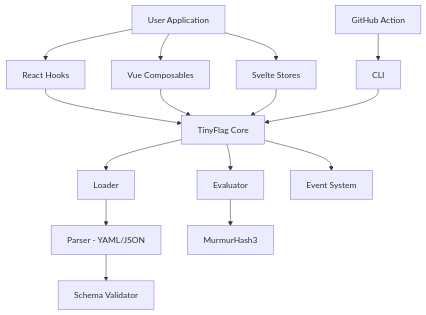
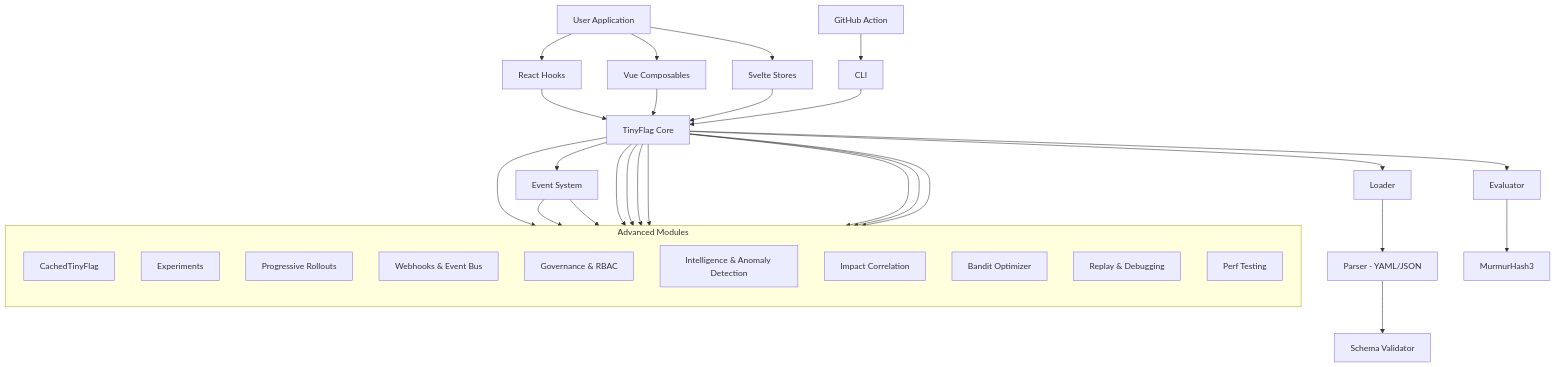
Before and after one commit to josedab/tinyflag: the first of 2 diagrams in website/docs/architecture.md, drawn with Mermaid. The commit also changed other lines of this file and 2 other files, not shown here.

Commit message:
docs: update architecture diagrams with advanced modules
Expand component diagrams in both docs/architecture.md (ASCII) and
website/docs/architecture.md (Mermaid) to include the advanced module
layer organized by category: Runtime, Delivery, Optimization, and
Verification.

Add 'Advanced Capabilities' section to docs/README.md with links to
the 8 new documentation pages.

````diff
--- a/website/docs/architecture.md
+++ b/website/docs/architecture.md
@@ -30,17 +30,42 @@
 ```mermaid
 graph TD
     A[User Application] --> B[React Hooks]
     A --> C[Vue Composables]
     A --> D[Svelte Stores]
     B --> E[TinyFlag Core]
     C --> E
     D --> E
     E --> F[Loader]
     E --> G[Evaluator]
     E --> H[Event System]
     F --> I[Parser - YAML/JSON]
     I --> J[Schema Validator]
     G --> K[MurmurHash3]
     L[CLI] --> E
     M[GitHub Action] --> L
+
+    subgraph Advanced Modules
+        direction TB
+        N[CachedTinyFlag]
+        O[Experiments]
+        P[Progressive Rollouts]
+        Q[Webhooks & Event Bus]
+        R[Governance & RBAC]
+        S[Intelligence & Anomaly Detection]
+        T[Impact Correlation]
+        U[Bandit Optimizer]
+        V[Replay & Debugging]
+        W[Perf Testing]
+    end
+
+    E --> N
+    H --> Q
+    H --> O
+    E --> P
+    E --> R
+    E --> S
+    E --> T
+    E --> U
+    E --> V
+    E --> W
 ```
````
